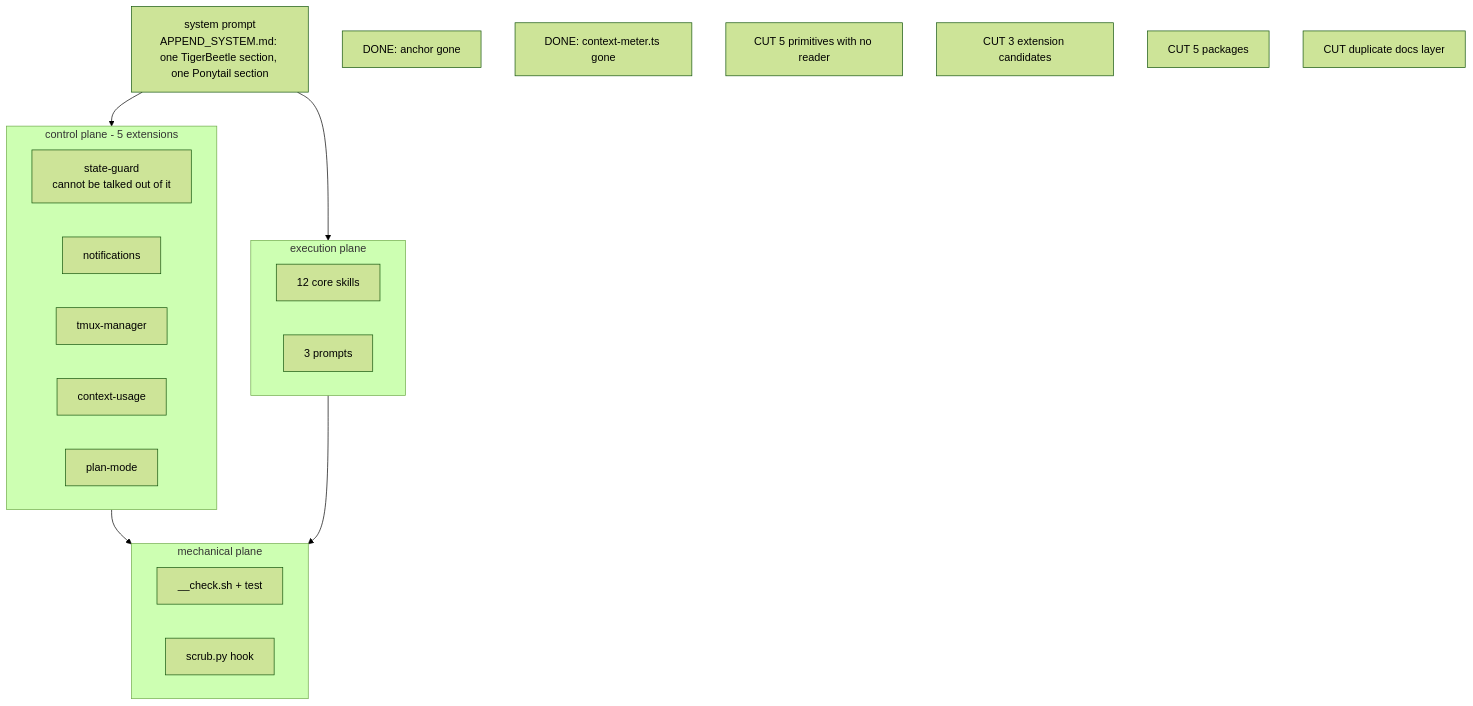
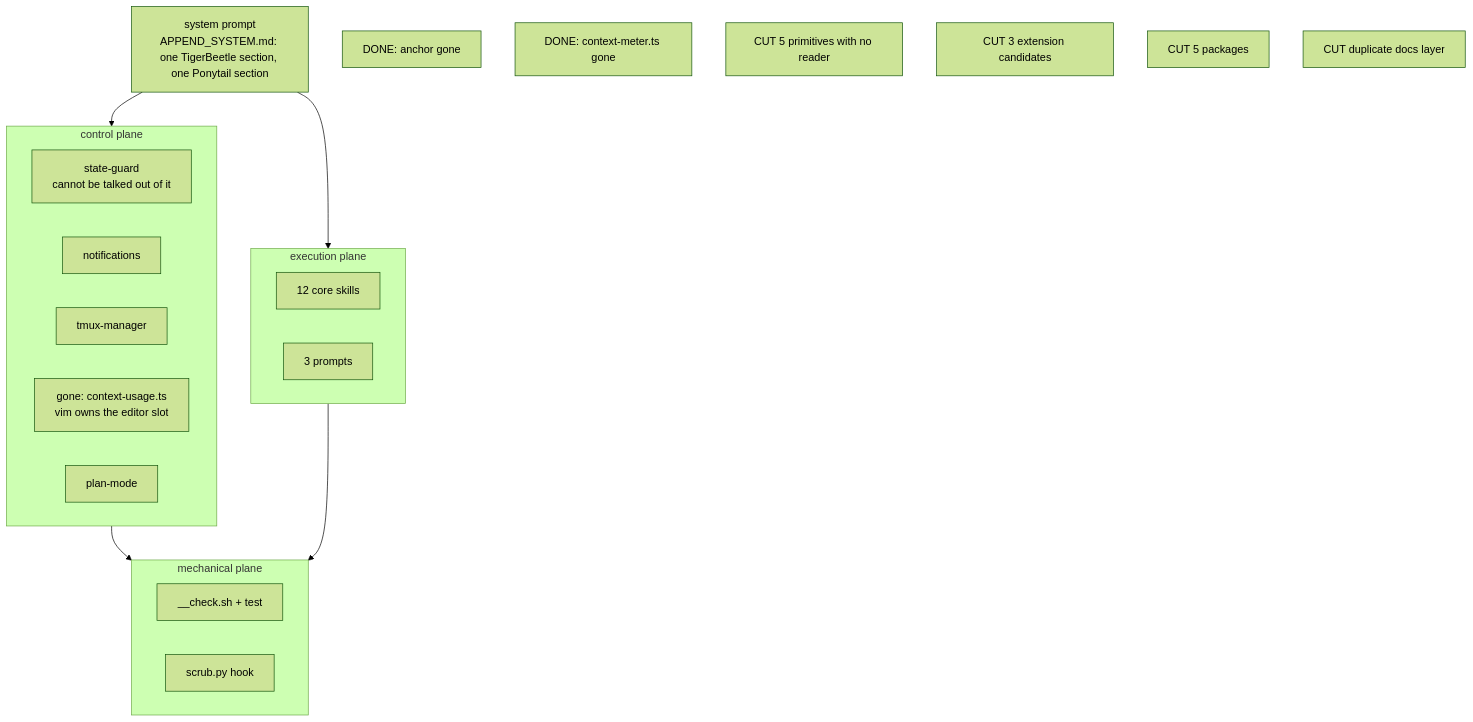
Before and after one commit to sub0xdai/n0x-pi: the fourth of 4 diagrams in agent/harness-map.md, drawn with Mermaid (forest theme). The commit also changed other lines of this file and 4 other files, not shown here.

First line of the commit message:
refactor(harness): vim keeps the editor slot, remove the 3 theme packages

````diff
--- a/agent/harness-map.md
+++ b/agent/harness-map.md
@@ -144,29 +144,29 @@
 ```mermaid
 flowchart TB
     SP["system prompt<br/>APPEND_SYSTEM.md: one TigerBeetle section, one Ponytail section"]
-    subgraph CTL["control plane - 5 extensions"]
+    subgraph CTL["control plane"]
         E1["state-guard<br/>cannot be talked out of it"]
         E2["notifications"]
         E3["tmux-manager"]
-        E4["context-usage"]
+        E4["gone: context-usage.ts<br/>vim owns the editor slot"]
         E5["plan-mode"]
     end
     subgraph PL["execution plane"]
         S1["12 core skills"]
         S2["3 prompts"]
     end
     subgraph MECH["mechanical plane"]
         M1["__check.sh + test"]
         M2["scrub.py hook"]
     end
     CUT1["DONE: anchor gone"]
     CUT2["DONE: context-meter.ts gone"]
     CUT3["CUT 5 primitives with no reader"]
     CUT4["CUT 3 extension candidates"]
     CUT5["CUT 5 packages"]
     CUT6["CUT duplicate docs layer"]
     SP --> CTL
     SP --> PL
     CTL --> MECH
     PL --> MECH
 ```
````
